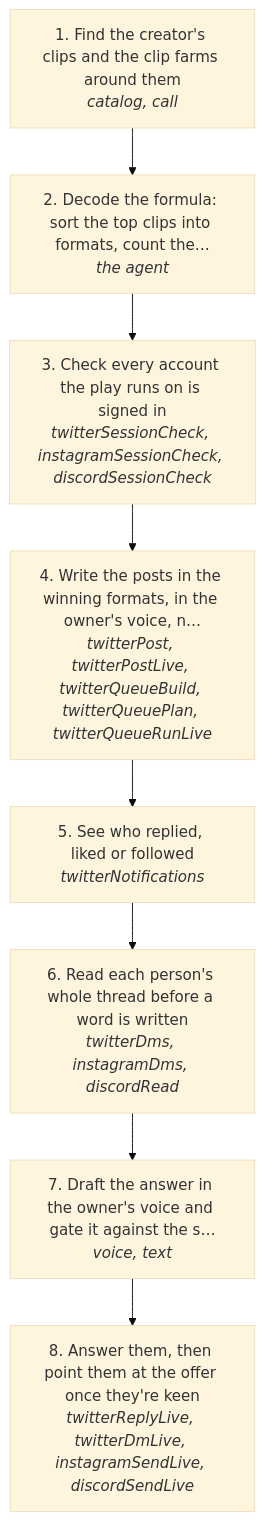
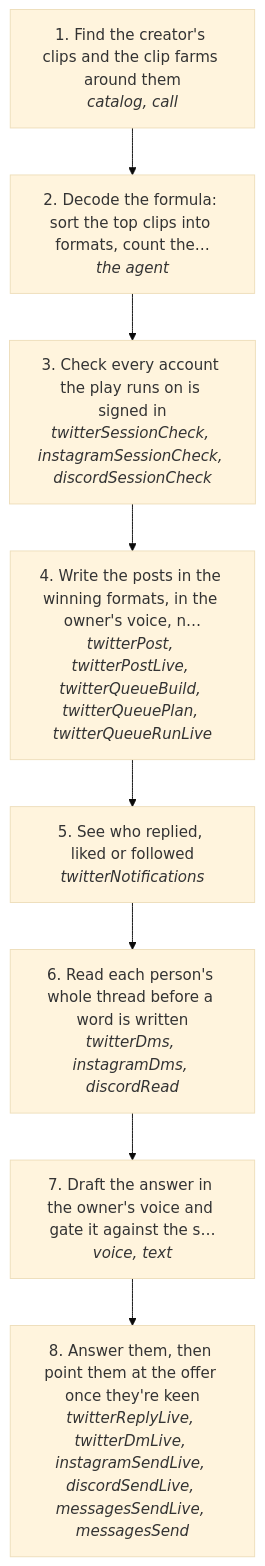
One commit to matthewdonsemail-lab/log changed the diagram in docs/useCases/inbox/reaLooksmaxxing.md. Above: the diagram before and after it, drawn with Mermaid (base theme). The commit also changed other lines of this file and 150 other files, not shown here.

````diff
--- a/docs/useCases/inbox/reaLooksmaxxing.md
+++ b/docs/useCases/inbox/reaLooksmaxxing.md
@@ -14,18 +14,18 @@
 ```mermaid
 flowchart TD
   s0["1. Find the creator's clips and the clip farms around them<br/><i>catalog, call</i>"]
   s1["2. Decode the formula: sort the top clips into formats, count the…<br/><i>the agent</i>"]
   s2["3. Check every account the play runs on is signed in<br/><i>twitterSessionCheck, instagramSessionCheck, discordSessionCheck</i>"]
   s3["4. Write the posts in the winning formats, in the owner's voice, n…<br/><i>twitterPost, twitterPostLive, twitterQueueBuild, twitterQueuePlan, twitterQueueRunLive</i>"]
   s4["5. See who replied, liked or followed<br/><i>twitterNotifications</i>"]
   s5["6. Read each person's whole thread before a word is written<br/><i>twitterDms, instagramDms, discordRead</i>"]
   s6["7. Draft the answer in the owner's voice and gate it against the s…<br/><i>voice, text</i>"]
-  s7["8. Answer them, then point them at the offer once they're keen<br/><i>twitterReplyLive, twitterDmLive, instagramSendLive, discordSendLive</i>"]
+  s7["8. Answer them, then point them at the offer once they're keen<br/><i>twitterReplyLive, twitterDmLive, instagramSendLive, discordSendLive, messagesSendLive, messagesSend</i>"]
   s0 --> s1
   s1 --> s2
   s2 --> s3
   s3 --> s4
   s4 --> s5
   s5 --> s6
   s6 --> s7
 ```
````
